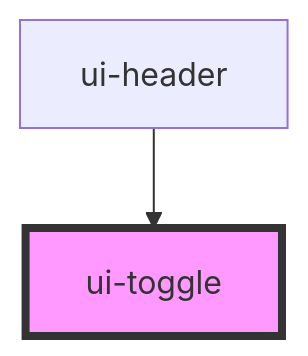
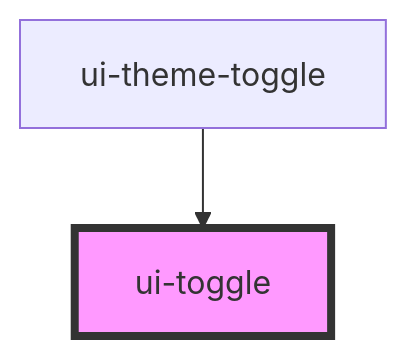
Before and after one commit to ElSimpatico/personal-site: the diagram in packages/ui-kit/src/components/atoms/toggle/readme.md, drawn with Mermaid. The commit also changed other lines of this file and 2 other files, not shown here.

Commit message:
fix(ui-kit): multiple labels

````diff
--- a/packages/ui-kit/src/components/atoms/toggle/readme.md
+++ b/packages/ui-kit/src/components/atoms/toggle/readme.md
@@ -34,5 +34,5 @@
 ```mermaid
 graph TD;
-  ui-header --> ui-toggle
+  ui-theme-toggle --> ui-toggle
   style ui-toggle fill:#f9f,stroke:#333,stroke-width:4px
 ```
````
